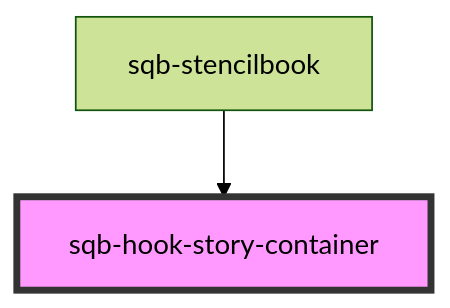
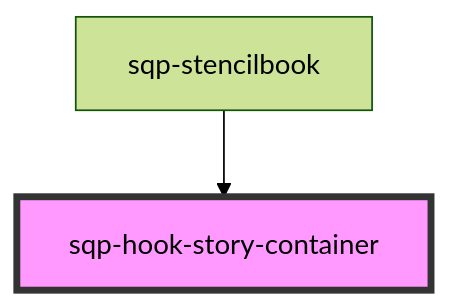
Before and after one commit to saasquatch/program-tools: the diagram in packages/paypal-components/src/components/sqp-hook-story-container/readme.md, drawn with Mermaid (forest theme). The commit also changed other lines of this file and 12 other files, not shown here.

````diff
--- a/packages/paypal-components/src/components/sqp-hook-story-container/readme.md
+++ b/packages/paypal-components/src/components/sqp-hook-story-container/readme.md
@@ -22,5 +22,5 @@
 ```mermaid
 graph TD;
-  sqb-stencilbook --> sqb-hook-story-container
-  style sqb-hook-story-container fill:#f9f,stroke:#333,stroke-width:4px
+  sqp-stencilbook --> sqp-hook-story-container
+  style sqp-hook-story-container fill:#f9f,stroke:#333,stroke-width:4px
 ```
````
